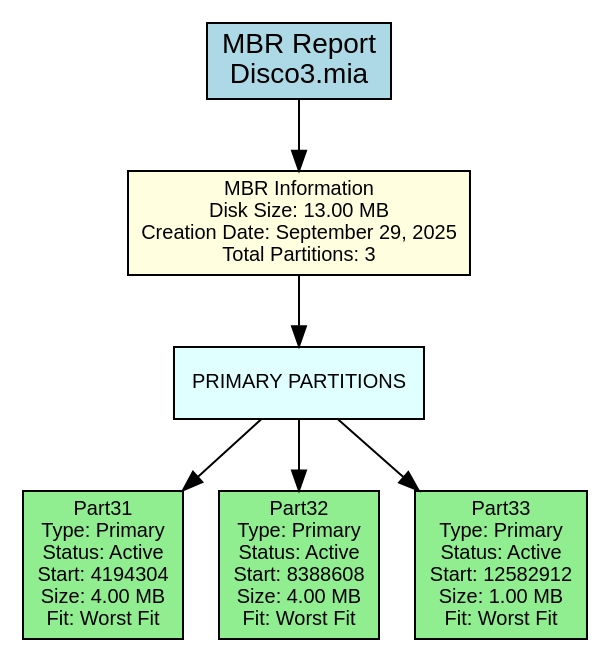
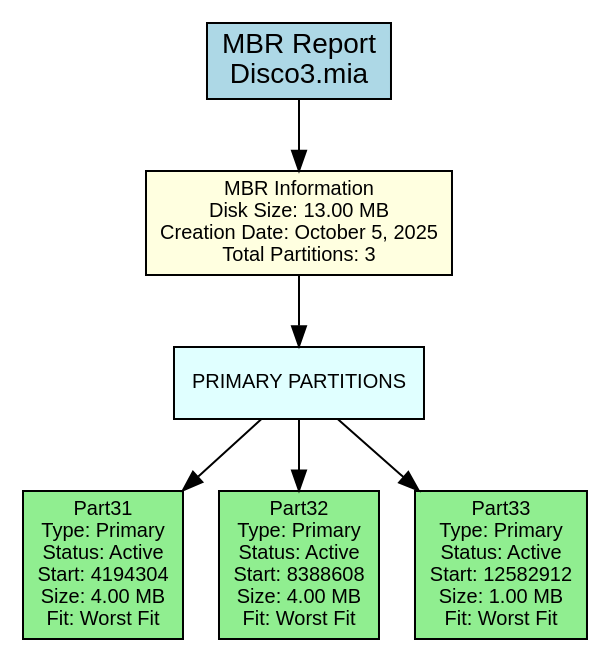
One commit to DiegVas/MIA_2S2025_P2_202300638 changed the diagram in backend/provider/reports/src/mbr_382B.dot. Above: the diagram before and after it, drawn with Graphviz. The commit also changed 17 other files, not shown here.

```diff
--- a/backend/provider/reports/src/mbr_382B.dot
+++ b/backend/provider/reports/src/mbr_382B.dot
@@ -1,22 +1,22 @@
 digraph MBR_Report {
     rankdir=TB;
     node [shape=box, style=filled];
     graph [fontname="Arial", fontsize=12];
     node [fontname="Arial", fontsize=10];
     edge [fontname="Arial"];
 
     title [label="MBR Report\nDisco3.mia", fillcolor=lightblue, fontsize=14];
 
-    mbr_info [label="MBR Information\nDisk Size: 13.00 MB\nCreation Date: September 29, 2025\nTotal Partitions: 3", fillcolor=lightyellow];
+    mbr_info [label="MBR Information\nDisk Size: 13.00 MB\nCreation Date: October 5, 2025\nTotal Partitions: 3", fillcolor=lightyellow];
 
     primary_section [label="PRIMARY PARTITIONS", shape=box, style=filled, fillcolor=lightcyan];
     primary_0 [label="Part31\nType: Primary\nStatus: Active\nStart: 4194304\nSize: 4.00 MB\nFit: Worst Fit", fillcolor=lightgreen];
     primary_section -> primary_0;
     primary_1 [label="Part32\nType: Primary\nStatus: Active\nStart: 8388608\nSize: 4.00 MB\nFit: Worst Fit", fillcolor=lightgreen];
     primary_section -> primary_1;
     primary_2 [label="Part33\nType: Primary\nStatus: Active\nStart: 12582912\nSize: 1.00 MB\nFit: Worst Fit", fillcolor=lightgreen];
     primary_section -> primary_2;
 
     title -> mbr_info;
     mbr_info -> primary_section;
 }
```
